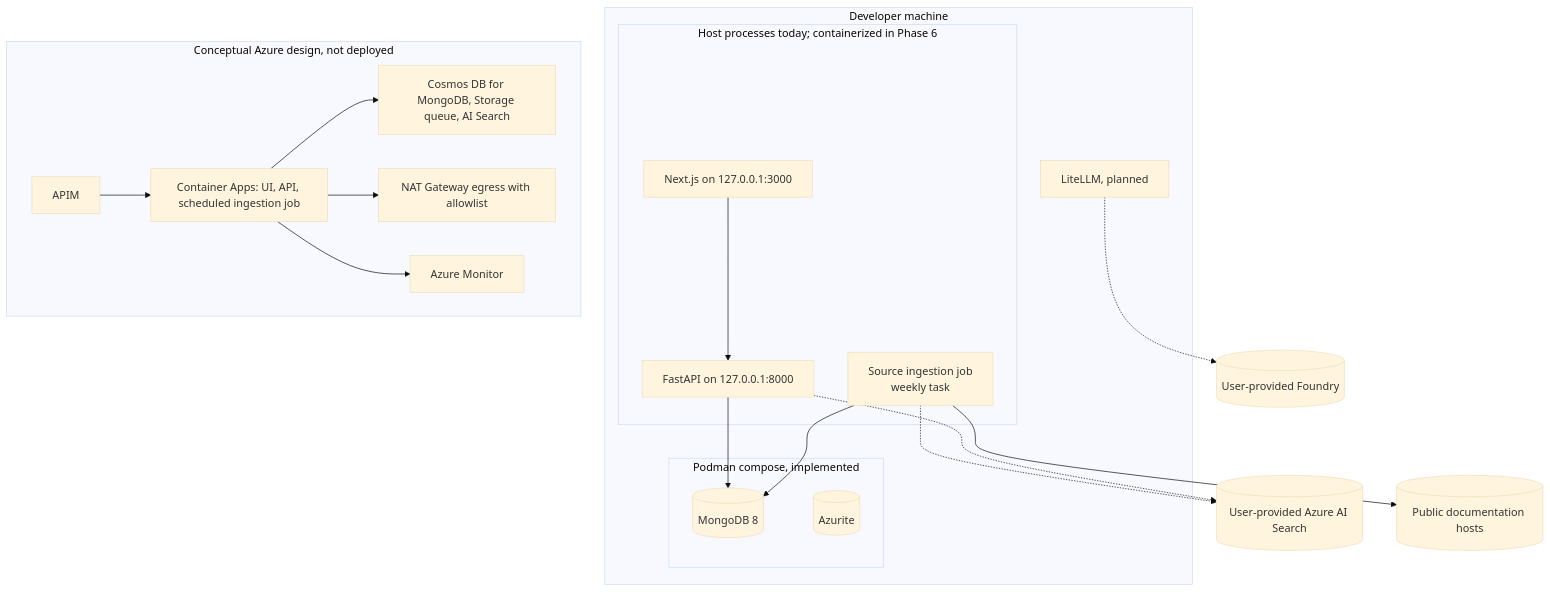
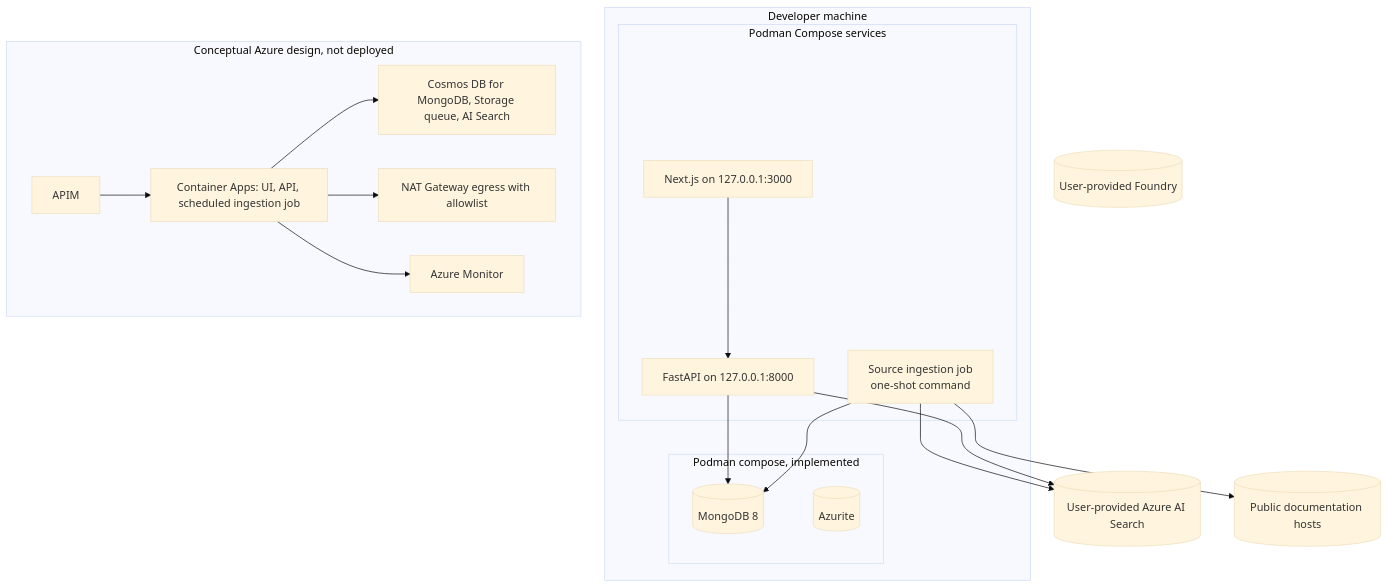
One commit to ubk1004/product-support-agent changed the ninth of 9 diagrams in docs/architecture/architecture-overview.md. Above: the diagram before and after it, drawn with Mermaid (base theme). The commit also changed other lines of this file and 31 other files, not shown here.

````diff
--- a/docs/architecture/architecture-overview.md
+++ b/docs/architecture/architecture-overview.md
@@ -387,38 +385,36 @@
 ```mermaid
 flowchart TB
     subgraph Dev["Developer machine"]
         subgraph Podman["Podman compose, implemented"]
             Mongo[(MongoDB 8)]
             Azurite[(Azurite)]
         end
-        subgraph Processes["Host processes today; containerized in Phase 6"]
+        subgraph Processes["Podman Compose services"]
             NextJS["Next.js on 127.0.0.1:3000"]
             FastAPI["FastAPI on 127.0.0.1:8000"]
-            Job["Source ingestion job<br/>weekly task"]
+            Job["Source ingestion job<br/>one-shot command"]
         end
-        LiteLLM["LiteLLM, planned"]
     end
     Search[(User-provided Azure AI Search)]
     Foundry[(User-provided Foundry)]
     Docs[(Public documentation hosts)]
 
     NextJS --> FastAPI
     FastAPI --> Mongo
     Job --> Mongo
     Job --> Docs
-    Job -.-> Search
-    FastAPI -.-> Search
-    LiteLLM -.-> Foundry
+    Job --> Search
+    FastAPI --> Search
 
     subgraph Cloud["Conceptual Azure design, not deployed"]
         APIM[APIM]
         ACA["Container Apps: UI, API, scheduled ingestion job"]
         Data[Cosmos DB for MongoDB, Storage queue, AI Search]
         Egress[NAT Gateway egress with allowlist]
         Obs[Azure Monitor]
         APIM --> ACA
         ACA --> Data
         ACA --> Egress
         ACA --> Obs
     end
 ```
````
